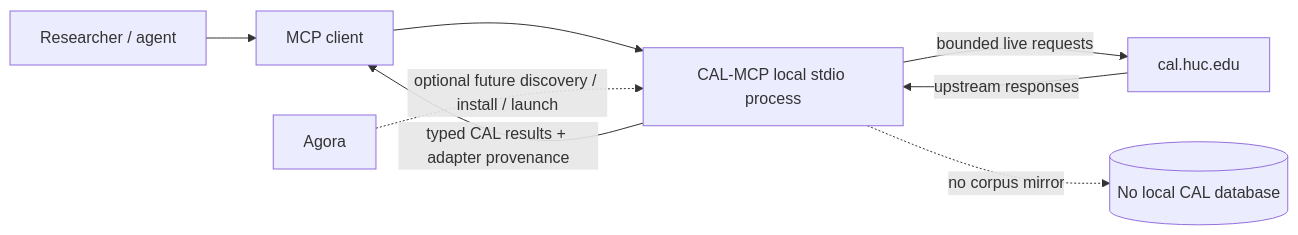
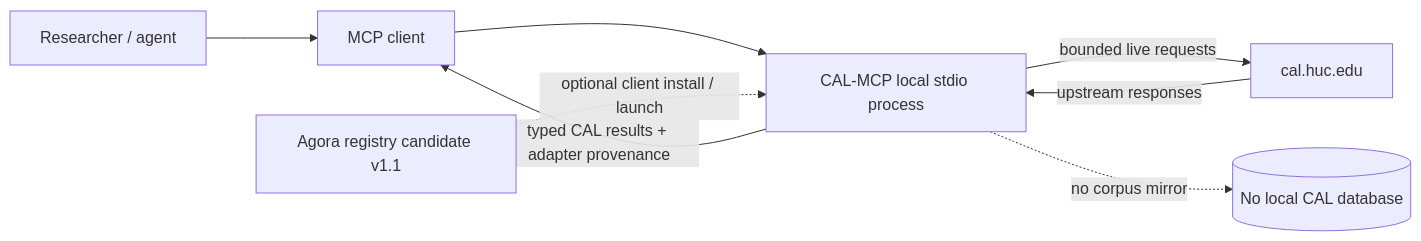
The diagram in README.md (alexsosn/CAL-MCP), drawn with Mermaid before and after one commit. The commit also changed other lines of this file and 11 other files, not shown here.

````diff
--- a/README.md
+++ b/README.md
@@ -52,11 +54,11 @@
 ```mermaid
 flowchart LR
     U[Researcher / agent] --> C[MCP client]
     C --> M[CAL-MCP local stdio process]
     M -->|bounded live requests| CAL[cal.huc.edu]
     CAL -->|upstream responses| M
     M -->|typed CAL results + adapter provenance| C
 
-    A[Agora] -. optional future discovery / install / launch .-> M
+    A[Agora registry candidate v1.1] -. optional client install / launch .-> M
     M -. no corpus mirror .-> X[(No local CAL database)]
 ```
````
